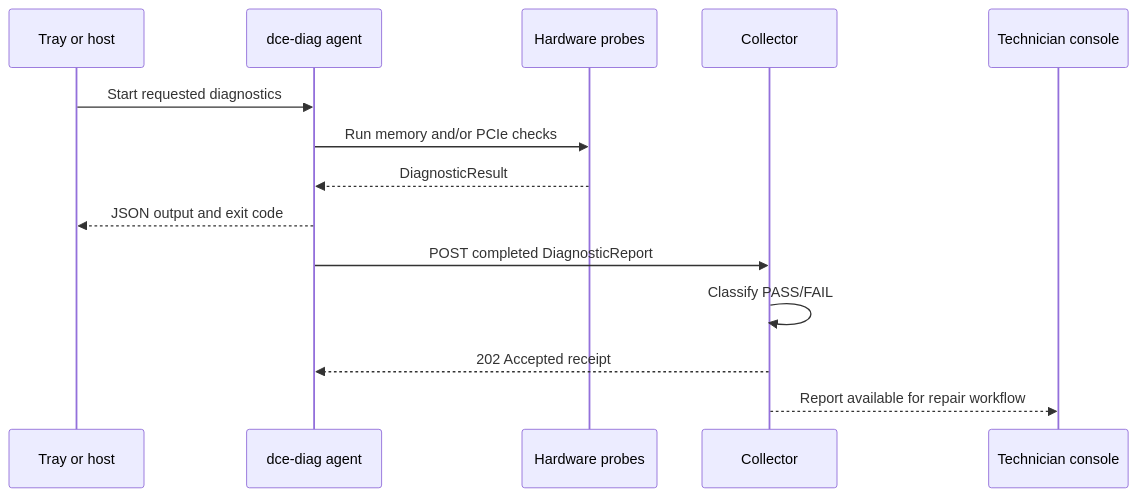
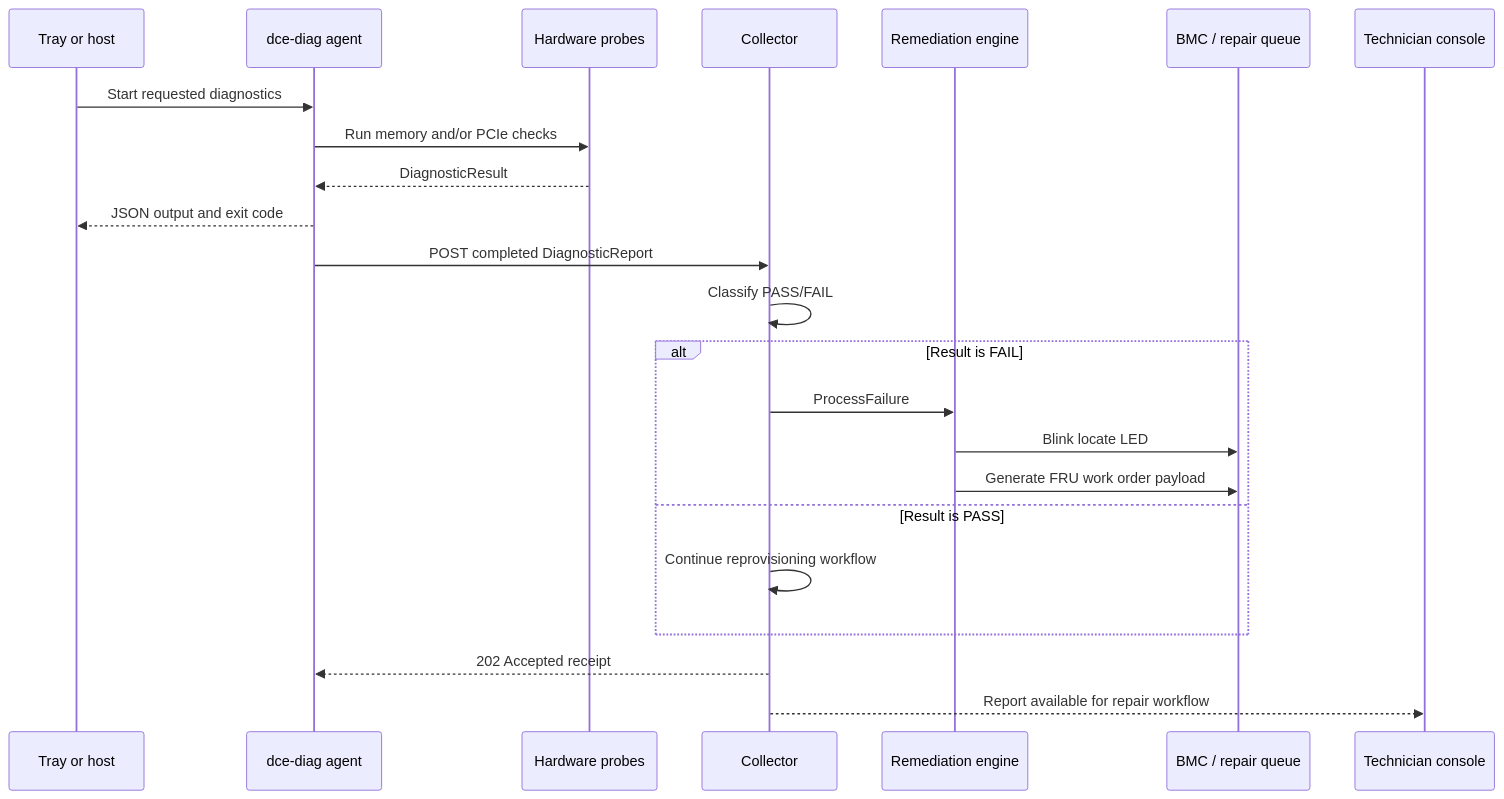
Before and after one commit to perry-holloway/dc-resolve: the first of 2 diagrams in docs/ARCHITECTURE.md, drawn with Mermaid. The commit also changed other lines of this file and 6 other files, not shown here.

Commit message:
Add field remediation engine

````diff
--- a/docs/ARCHITECTURE.md
+++ b/docs/ARCHITECTURE.md
@@ -19,17 +21,26 @@
 ```mermaid
 sequenceDiagram
     participant T as Tray or host
     participant A as dce-diag agent
     participant P as Hardware probes
     participant C as Collector
+    participant R as Remediation engine
+    participant B as BMC / repair queue
     participant U as Technician console
 
     T->>A: Start requested diagnostics
     A->>P: Run memory and/or PCIe checks
     P-->>A: DiagnosticResult
     A-->>T: JSON output and exit code
     A->>C: POST completed DiagnosticReport
     C->>C: Classify PASS/FAIL
+    alt Result is FAIL
+        C->>R: ProcessFailure
+        R->>B: Blink locate LED
+        R->>B: Generate FRU work order payload
+    else Result is PASS
+        C->>C: Continue reprovisioning workflow
+    end
     C-->>A: 202 Accepted receipt
     C-->>U: Report available for repair workflow
 ```
````
